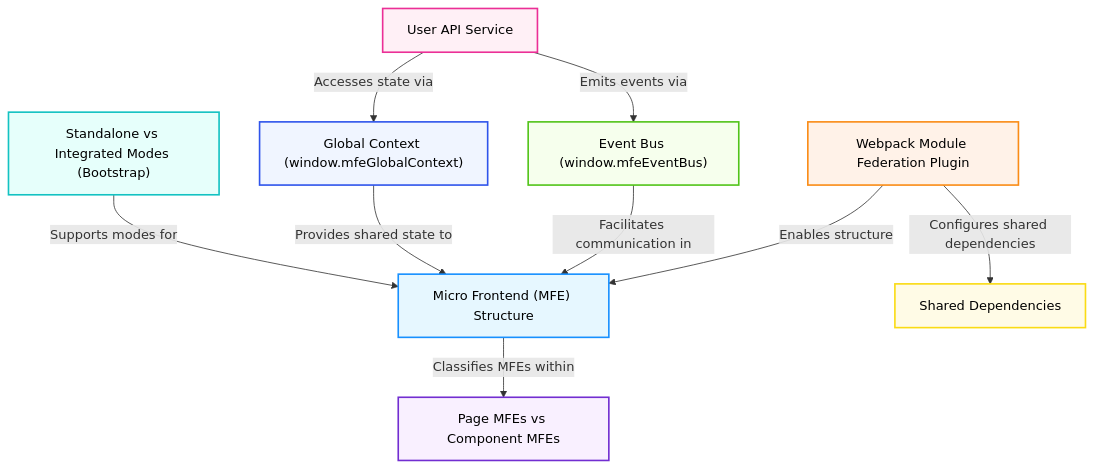
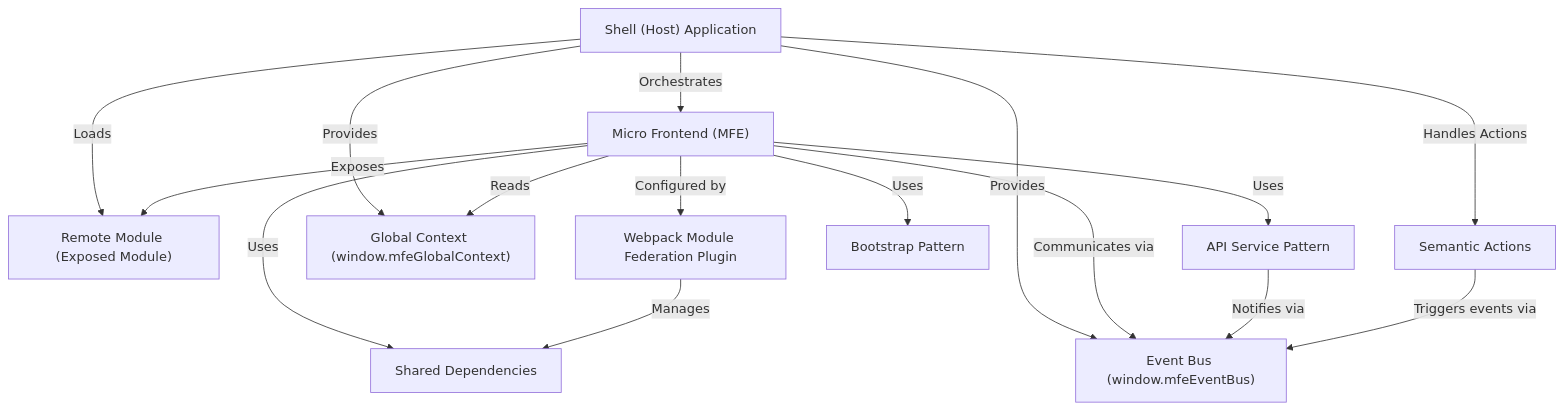
One commit to yogain123/mfe-project changed the diagram in docs/index.md. Above: the diagram before and after it, drawn with Mermaid. The commit also changed other lines of this file and 8 other files, not shown here.

````diff
--- a/docs/index.md
+++ b/docs/index.md
@@ -5,33 +13,38 @@
 ```mermaid
 flowchart TD
-    %% Main Architecture
-    A0["Micro Frontend (MFE) Structure"]
-    A1["Webpack Module Federation Plugin"]
-    A2["Shared Dependencies"]
-    A3["Event Bus (window.mfeEventBus)"]
-    A4["Global Context (window.mfeGlobalContext)"]
-    A5["User API Service"]
-    A6["Standalone vs Integrated Modes (Bootstrap)"]
-    A7["Page MFEs vs Component MFEs"]
-
-    %% Relationships
-    A1 -- "Enables structure" --> A0
-    A1 -- "Configures shared dependencies" --> A2
-    A0 -- "Classifies MFEs within" --> A7
-    A3 -- "Facilitates communication in" --> A0
-    A4 -- "Provides shared state to" --> A0
-    A5 -- "Emits events via" --> A3
-    A5 -- "Accesses state via" --> A4
-    A6 -- "Supports modes for" --> A0
-
-    %% Styles
-    style A0 fill:#e6f7ff,stroke:#1890ff,stroke-width:2px,color:#000
-    style A1 fill:#fff2e8,stroke:#fa8c16,stroke-width:2px,color:#000
-    style A2 fill:#fffbe6,stroke:#fadb14,stroke-width:2px,color:#000
-    style A3 fill:#f6ffed,stroke:#52c41a,stroke-width:2px,color:#000
-    style A4 fill:#f0f5ff,stroke:#2f54eb,stroke-width:2px,color:#000
-    style A5 fill:#fff0f6,stroke:#eb2f96,stroke-width:2px,color:#000
-    style A6 fill:#e6fffb,stroke:#13c2c2,stroke-width:2px,color:#000
-    style A7 fill:#f9f0ff,stroke:#722ed1,stroke-width:2px,color:#000
-
+    A0["Micro Frontend (MFE)
+"]
+    A1["Shell (Host) Application
+"]
+    A2["Remote Module (Exposed Module)
+"]
+    A3["Webpack Module Federation Plugin
+"]
+    A4["Shared Dependencies
+"]
+    A5["Event Bus (window.mfeEventBus)
+"]
+    A6["Global Context (window.mfeGlobalContext)
+"]
+    A7["API Service Pattern
+"]
+    A8["Bootstrap Pattern
+"]
+    A9["Semantic Actions
+"]
+    A1 -- "Orchestrates" --> A0
+    A1 -- "Loads" --> A2
+    A1 -- "Provides" --> A5
+    A1 -- "Provides" --> A6
+    A1 -- "Handles Actions" --> A9
+    A0 -- "Exposes" --> A2
+    A0 -- "Configured by" --> A3
+    A0 -- "Uses" --> A4
+    A0 -- "Communicates via" --> A5
+    A0 -- "Reads" --> A6
+    A0 -- "Uses" --> A7
+    A0 -- "Uses" --> A8
+    A3 -- "Manages" --> A4
+    A7 -- "Notifies via" --> A5
+    A9 -- "Triggers events via" --> A5
 ```
````
